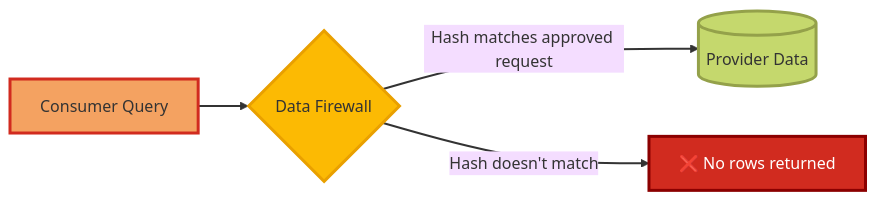
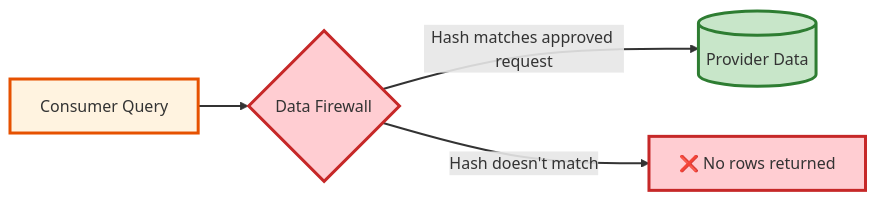
Before and after one commit to sfc-gh-vshiv/sfquickstart-data-clean-room: the fourth of 4 diagrams in DCR_Flow_and_Cost_Guide.md, drawn with Mermaid. The commit also changed other lines of this file, not shown here.

Commit message:
Revise DCR Flow and Cost Guide with updated Mermaid diagram styles for enhanced visual consistency and clarity

````diff
--- a/DCR_Flow_and_Cost_Guide.md
+++ b/DCR_Flow_and_Cost_Guide.md
@@ -166,14 +164,13 @@
 ```mermaid
-%%{init: {'theme': 'base', 'themeVariables': { 'lineColor': '#333', 'primaryTextColor': '#333'}}}%%
 flowchart LR
     Q[Consumer Query] --> DF{Data Firewall}
     DF -->|Hash matches approved request| D[(Provider Data)]
     DF -->|Hash doesn't match| X[❌ No rows returned]
     
-    style Q fill:#f4a261,stroke:#d12b1f,stroke-width:3px
-    style DF fill:#fcba03,stroke:#e9a000,stroke-width:3px
-    style D fill:#c5d86d,stroke:#94a14a,stroke-width:3px
-    style X fill:#d12b1f,stroke:#8b0000,stroke-width:3px,color:#fff
+    style Q fill:#fff3e0,stroke:#e65100,stroke-width:3px
+    style DF fill:#ffcdd2,stroke:#c62828,stroke-width:3px
+    style D fill:#c8e6c9,stroke:#2e7d32,stroke-width:3px
+    style X fill:#ffcdd2,stroke:#c62828,stroke-width:3px
     
     linkStyle default stroke:#333,stroke-width:2px
 ```
````
